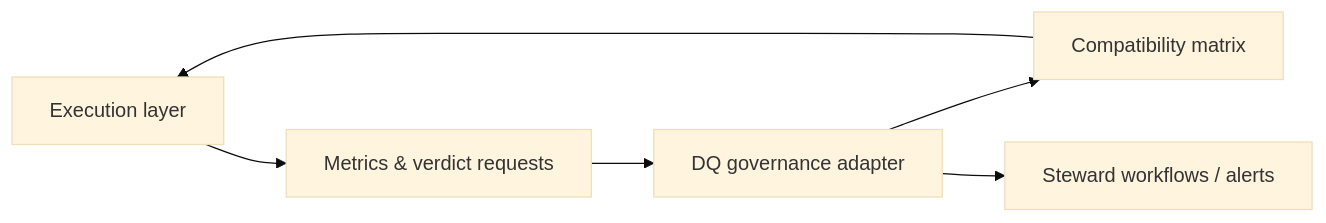
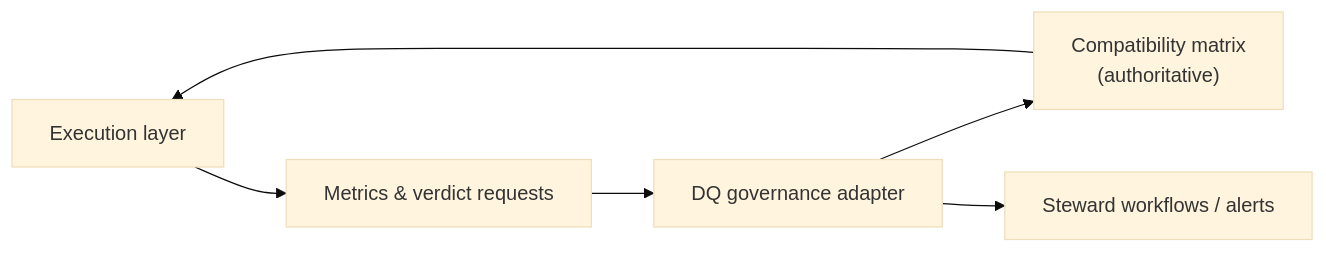
Before and after one commit to NextLab-SRL/dc43: the diagram in docs/component-data-quality-governance.md, drawn with Mermaid (base theme). The commit also changed other lines of this file and 8 other files, not shown here.

````diff
--- a/docs/component-data-quality-governance.md
+++ b/docs/component-data-quality-governance.md
@@ -24,8 +25,8 @@
 ```mermaid
 flowchart LR
     Runtime["Execution layer"] --> Metrics["Metrics & verdict requests"]
     Metrics --> DQClient["DQ governance adapter"]
-    DQClient --> Catalog["Compatibility matrix"]
-    Catalog --> Runtime
+    DQClient --> Catalog["Compatibility matrix\n(authoritative)"]
+    Catalog --> Runtime["Execution layer"]
     DQClient --> Stewardship["Steward workflows / alerts"]
 ```
````
